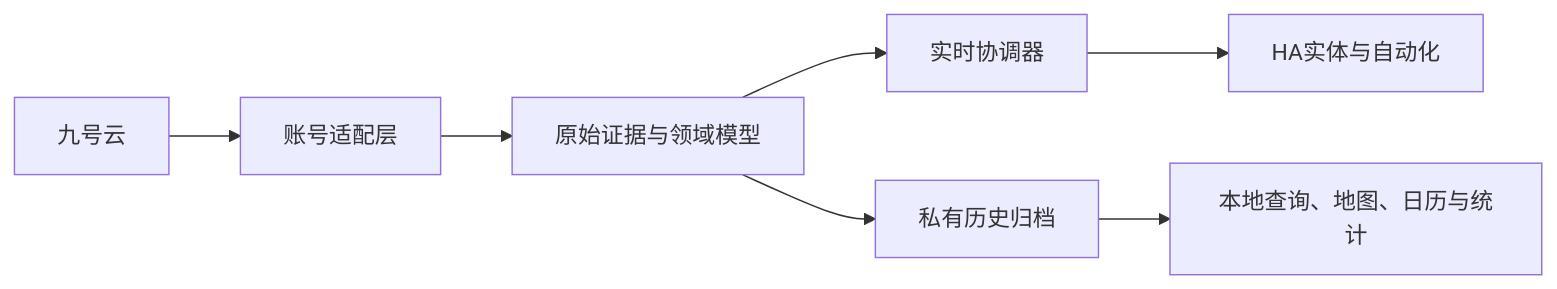
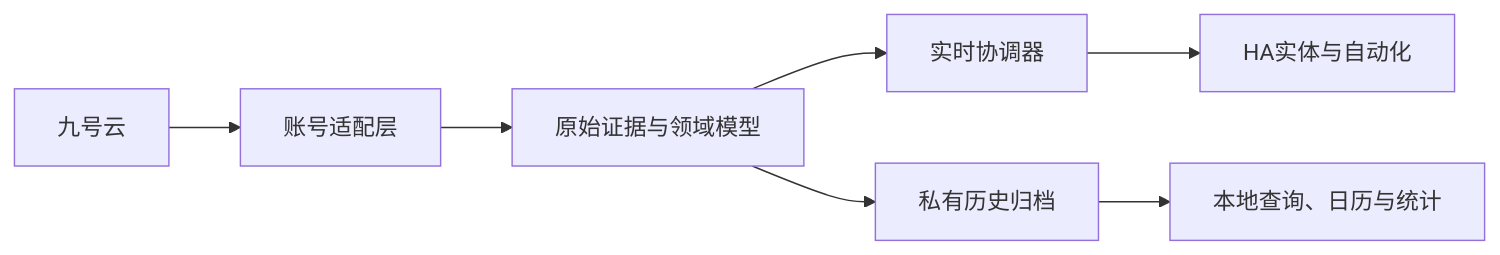
The diagram in README_zh.md (Wuty-zju/ha_ninebot), drawn with Mermaid before and after one commit. The commit also changed other lines of this file and 5 other files, not shown here.

````diff
--- a/README_zh.md
+++ b/README_zh.md
@@ -111,9 +95,9 @@
 ```mermaid
 flowchart LR
   Cloud[九号云] --> Adapter[账号适配层]
   Adapter --> Models[原始证据与领域模型]
   Models --> Live[实时协调器]
   Models --> Archive[私有历史归档]
   Live --> Entities[HA实体与自动化]
-  Archive --> Views[本地查询、地图、日历与统计]
+  Archive --> Views[本地查询、日历与统计]
 ```
````
